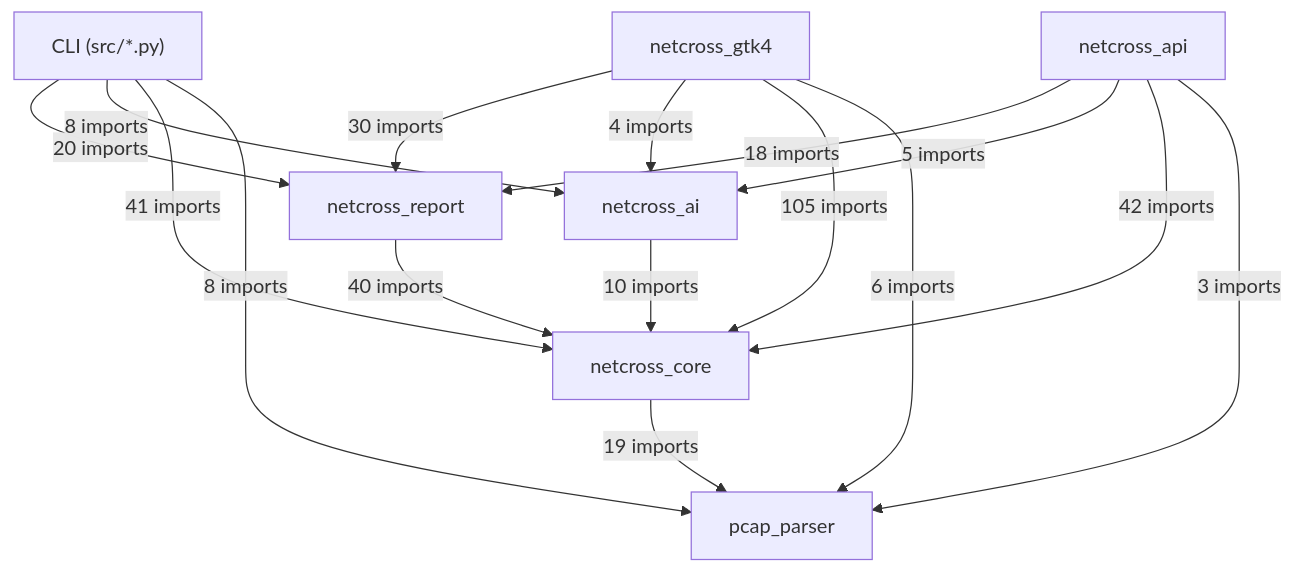
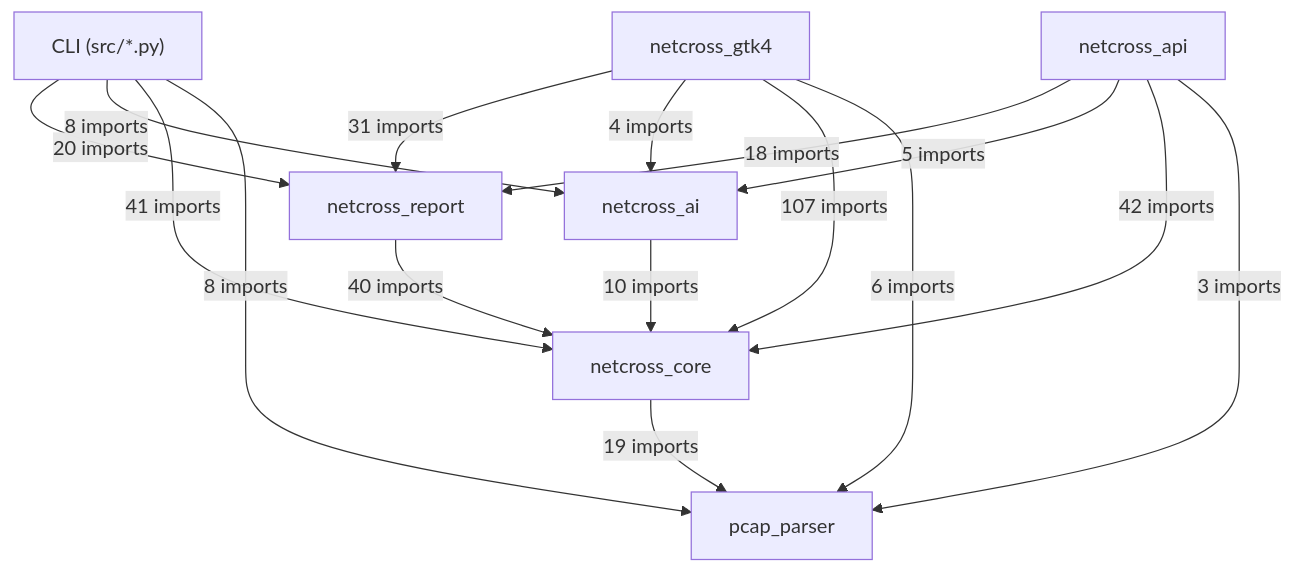
The first of 20 diagrams in docs/class-diagram.md (Mathide-Team/Netcross), drawn with Mermaid before and after one commit. The commit also changed other lines of this file and 6 other files, not shown here.

````diff
--- a/docs/class-diagram.md
+++ b/docs/class-diagram.md
@@ -26,25 +26,25 @@
 ```mermaid
 flowchart TD
     CLI["CLI (src/*.py)"]
     netcross_gtk4["netcross_gtk4"]
     netcross_api["netcross_api"]
     netcross_report["netcross_report"]
     netcross_ai["netcross_ai"]
     netcross_core["netcross_core"]
     pcap_parser["pcap_parser"]
     CLI -->|"20 imports"| netcross_report
     CLI -->|"8 imports"| netcross_ai
     CLI -->|"41 imports"| netcross_core
     CLI -->|"8 imports"| pcap_parser
-    netcross_gtk4 -->|"30 imports"| netcross_report
+    netcross_gtk4 -->|"31 imports"| netcross_report
     netcross_gtk4 -->|"4 imports"| netcross_ai
-    netcross_gtk4 -->|"105 imports"| netcross_core
+    netcross_gtk4 -->|"107 imports"| netcross_core
     netcross_gtk4 -->|"6 imports"| pcap_parser
     netcross_api -->|"18 imports"| netcross_report
     netcross_api -->|"5 imports"| netcross_ai
     netcross_api -->|"42 imports"| netcross_core
     netcross_api -->|"3 imports"| pcap_parser
     netcross_report -->|"40 imports"| netcross_core
     netcross_ai -->|"10 imports"| netcross_core
     netcross_core -->|"19 imports"| pcap_parser
 ```
````
